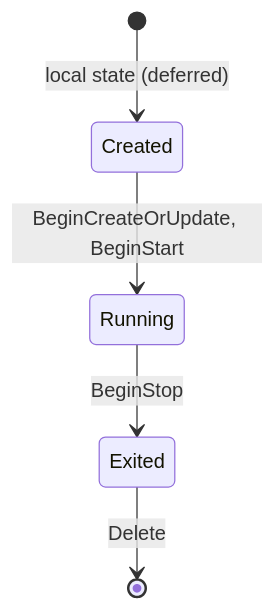
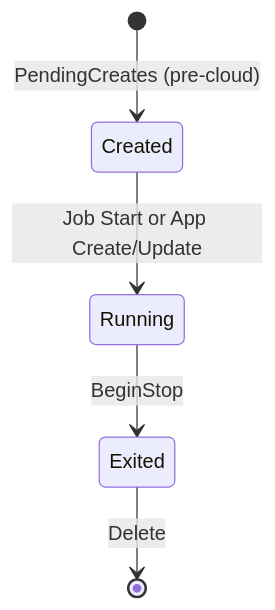
Before and after one commit to e6qu/sockerless: the tenth of 19 diagrams in ARCHITECTURE.md, drawn with Mermaid. The commit also changed other lines of this file and 64 other files, not shown here.

````diff
--- a/ARCHITECTURE.md
+++ b/ARCHITECTURE.md
@@ -252,7 +252,7 @@
 ```mermaid
 stateDiagram-v2
-    [*] --> Created: local state (deferred)
-    Created --> Running: BeginCreateOrUpdate, BeginStart
+    [*] --> Created: PendingCreates (pre-cloud)
+    Created --> Running: Job Start or App Create/Update
     Running --> Exited: BeginStop
     Exited --> [*]: Delete
 ```
````
